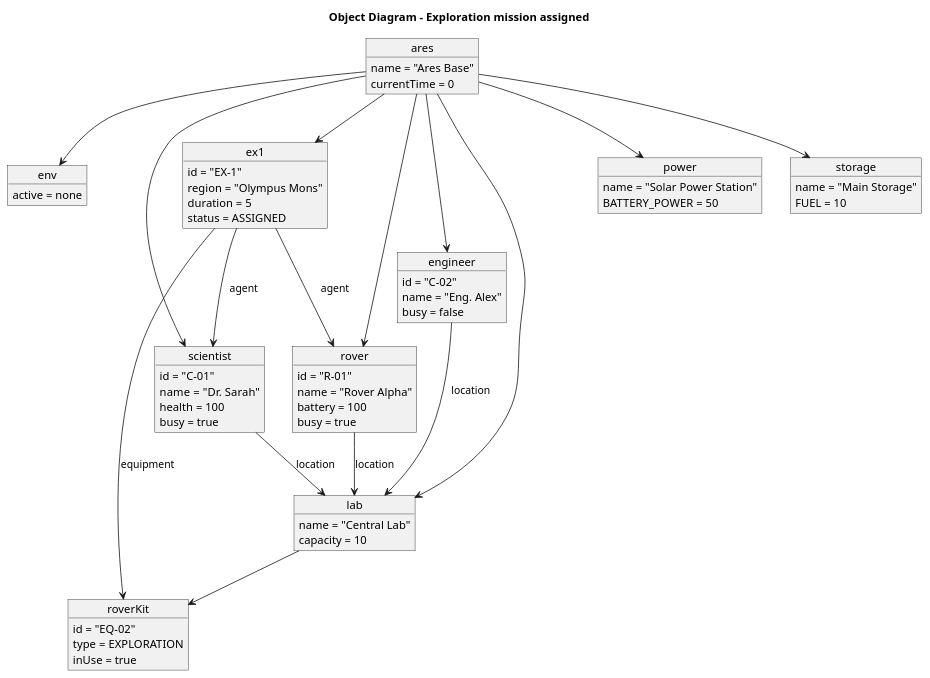
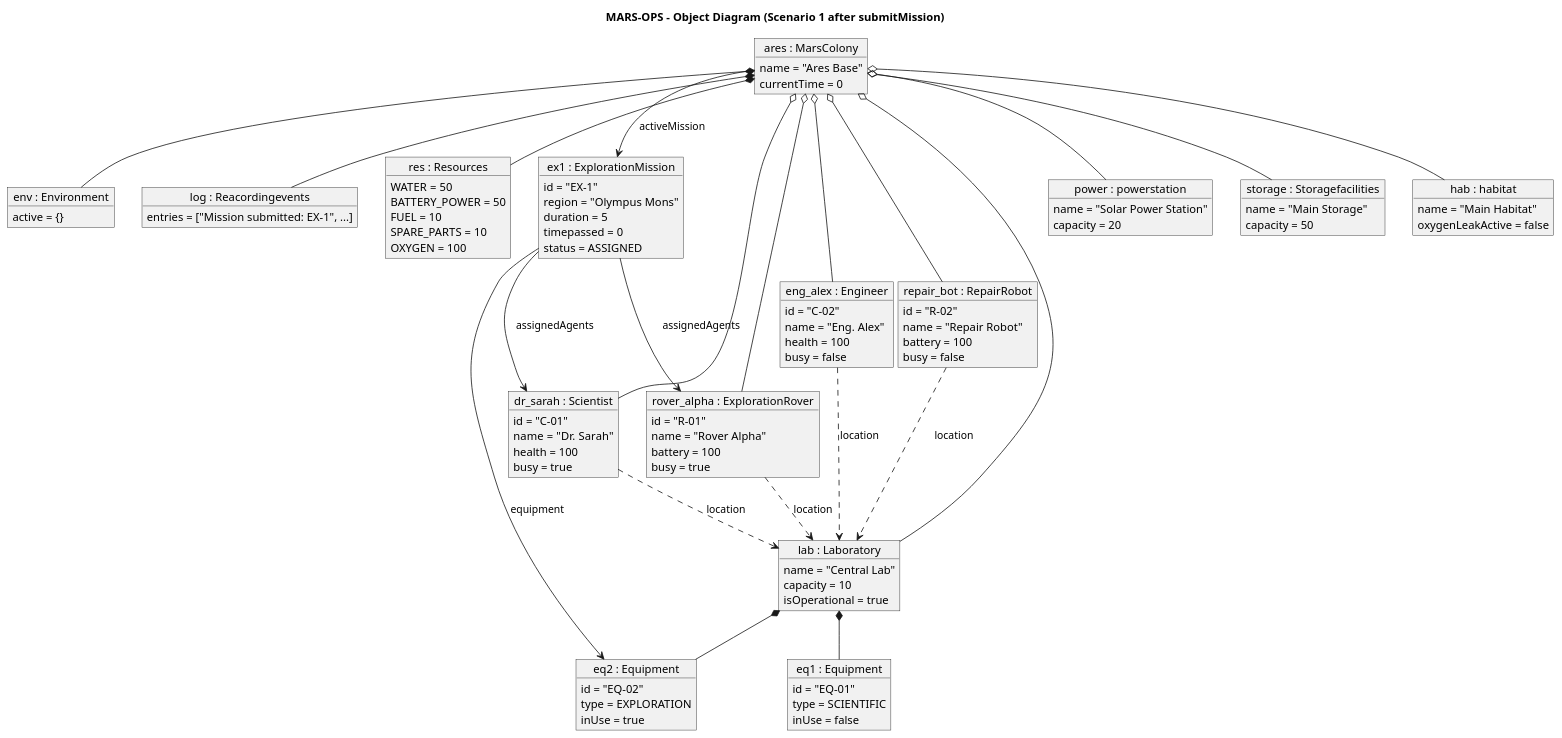
One commit to a7medhassan-159/Prog-II-Lab5-Mars-Colony- changed the diagram in uml/02_object_diagram.puml. Above: the diagram before and after it, drawn with PlantUML. The commit also changed 15 other files, not shown here.

```diff
--- a/uml/02_object_diagram.puml
+++ b/uml/02_object_diagram.puml
@@ -1,67 +1,102 @@
-@startuml
-title Object Diagram - Exploration mission assigned
+@startuml 02_object_diagram
+title MARS-OPS - Object Diagram (Scenario 1 after submitMission)
+skinparam shadowing false
 
-object ares {
+object "ares : MarsColony" as ares {
   name = "Ares Base"
   currentTime = 0
 }
-object env {
-  active = none
+object "env : Environment" as env {
+  active = {}
 }
-object lab {
+object "log : Reacordingevents" as log {
+  entries = ["Mission submitted: EX-1", ...]
+}
+object "res : Resources" as res {
+  WATER = 50
+  BATTERY_POWER = 50
+  FUEL = 10
+  SPARE_PARTS = 10
+  OXYGEN = 100
+}
+object "lab : Laboratory" as lab {
   name = "Central Lab"
   capacity = 10
+  isOperational = true
 }
-object power {
+object "power : powerstation" as power {
   name = "Solar Power Station"
-  BATTERY_POWER = 50
+  capacity = 20
 }
-object storage {
+object "storage : Storagefacilities" as storage {
   name = "Main Storage"
-  FUEL = 10
+  capacity = 50
 }
-object roverKit {
+object "hab : habitat" as hab {
+  name = "Main Habitat"
+  oxygenLeakActive = false
+}
+object "eq1 : Equipment" as eq1 {
+  id = "EQ-01"
+  type = SCIENTIFIC
+  inUse = false
+}
+object "eq2 : Equipment" as eq2 {
   id = "EQ-02"
   type = EXPLORATION
   inUse = true
 }
-object scientist {
+object "dr_sarah : Scientist" as sarah {
   id = "C-01"
   name = "Dr. Sarah"
   health = 100
   busy = true
 }
-object engineer {
+object "eng_alex : Engineer" as alex {
   id = "C-02"
   name = "Eng. Alex"
+  health = 100
   busy = false
 }
-object rover {
+object "rover_alpha : ExplorationRover" as rover {
   id = "R-01"
   name = "Rover Alpha"
   battery = 100
   busy = true
 }
-object ex1 {
+object "repair_bot : RepairRobot" as bot {
+  id = "R-02"
+  name = "Repair Robot"
+  battery = 100
+  busy = false
+}
+object "ex1 : ExplorationMission" as ex1 {
   id = "EX-1"
   region = "Olympus Mons"
   duration = 5
+  timepassed = 0
   status = ASSIGNED
 }
 
-ares --> env
-ares --> lab
-ares --> power
-ares --> storage
-ares --> scientist
-ares --> engineer
-ares --> rover
-ares --> ex1
-lab --> roverKit
-scientist --> lab : location
-engineer --> lab : location
-rover --> lab : location
-ex1 --> scientist : agent
-ex1 --> rover : agent
-ex1 --> roverKit : equipment
+ares *-- env
+ares *-- log
+ares *-- res
+ares o-- lab
+ares o-- power
+ares o-- storage
+ares o-- hab
+ares o-- sarah
+ares o-- alex
+ares o-- rover
+ares o-- bot
+ares --> ex1 : activeMission
+lab *-- eq1
+lab *-- eq2
+ex1 --> sarah : assignedAgents
+ex1 --> rover : assignedAgents
+ex1 --> eq2 : equipment
+sarah ..> lab : location
+alex ..> lab : location
+rover ..> lab : location
+bot ..> lab : location
 @enduml
```
